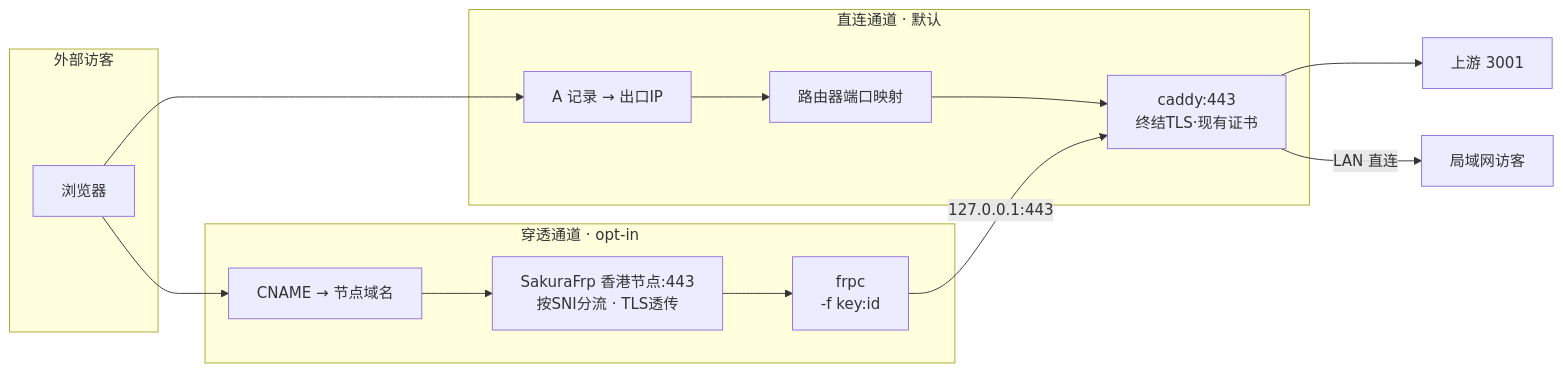
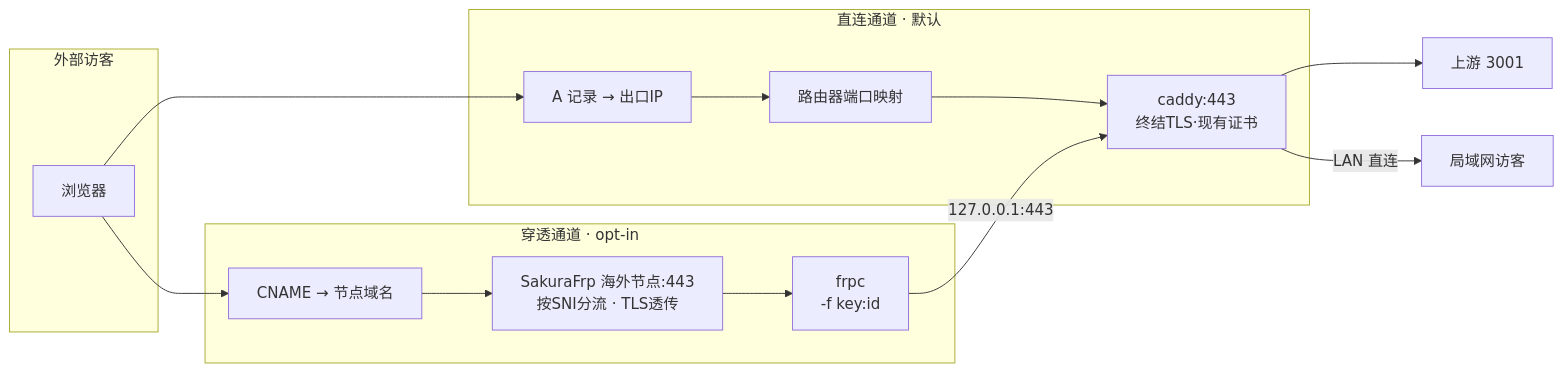
The first of 2 diagrams in specs/004-tunnel-access/plan.md (qjr1831216791/proj_aiRemoteApplication), drawn with Mermaid before and after one commit. The commit also changed other lines of this file and 11 other files, not shown here.

````diff
--- a/specs/004-tunnel-access/plan.md
+++ b/specs/004-tunnel-access/plan.md
@@ -30,16 +30,16 @@
 ```mermaid
 flowchart LR
     subgraph Visitor[外部访客]
         V[浏览器]
     end
     subgraph Direct[直连通道 · 默认]
         DNS1[A 记录 → 出口IP] --> R1[路由器端口映射] --> C
     end
     subgraph Tunnel[穿透通道 · opt-in]
-        DNS2[CNAME → 节点域名] --> SF[SakuraFrp 香港节点:443<br/>按SNI分流 · TLS透传] --> F[frpc<br/>-f key:id]
+        DNS2[CNAME → 节点域名] --> SF[SakuraFrp 海外节点:443<br/>按SNI分流 · TLS透传] --> F[frpc<br/>-f key:id]
     end
     V --> DNS1
     V --> DNS2
     F -->|127.0.0.1:443| C[caddy:443<br/>终结TLS·现有证书] --> U[上游 3001]
     C -->|LAN 直连| LAN[局域网访客]
 ```
````
